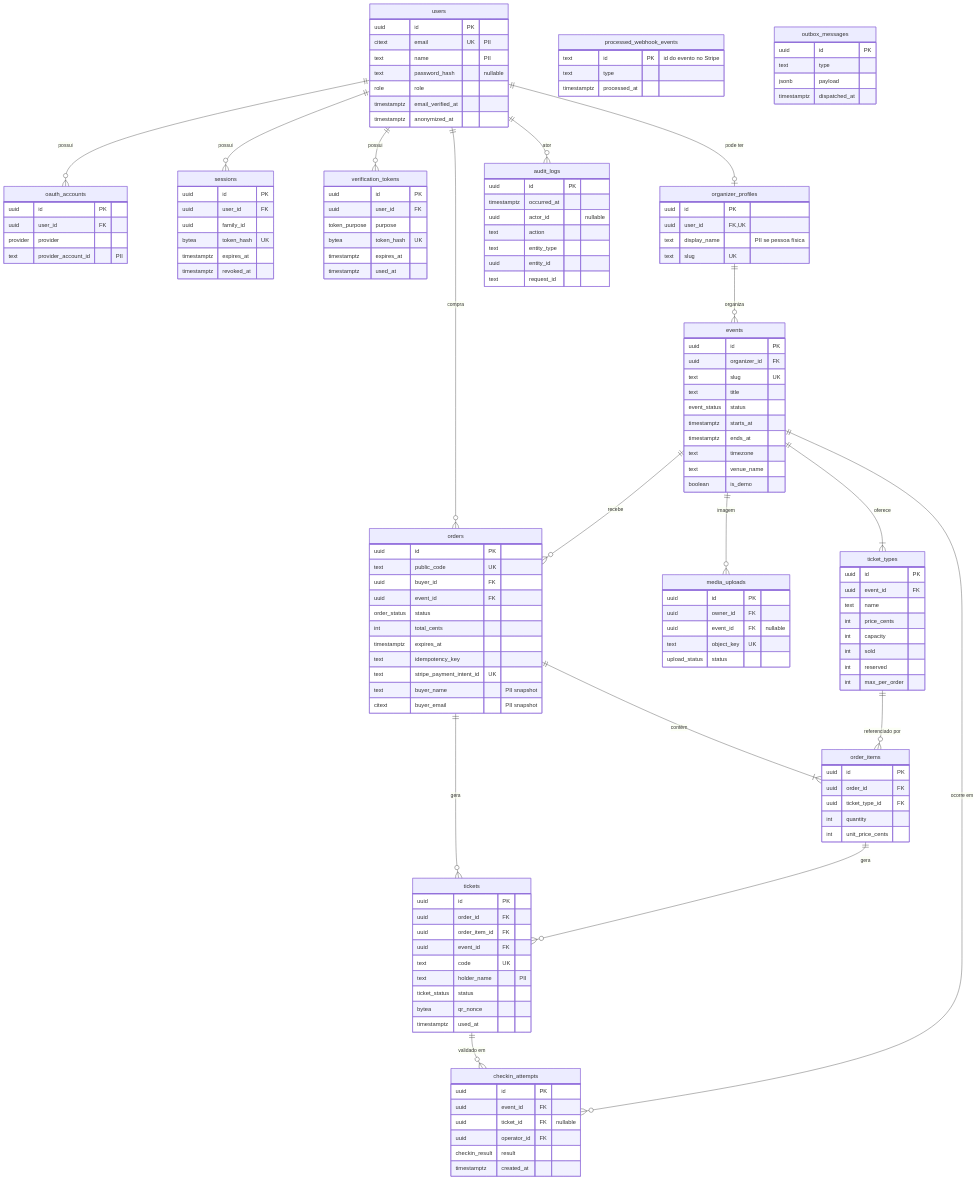
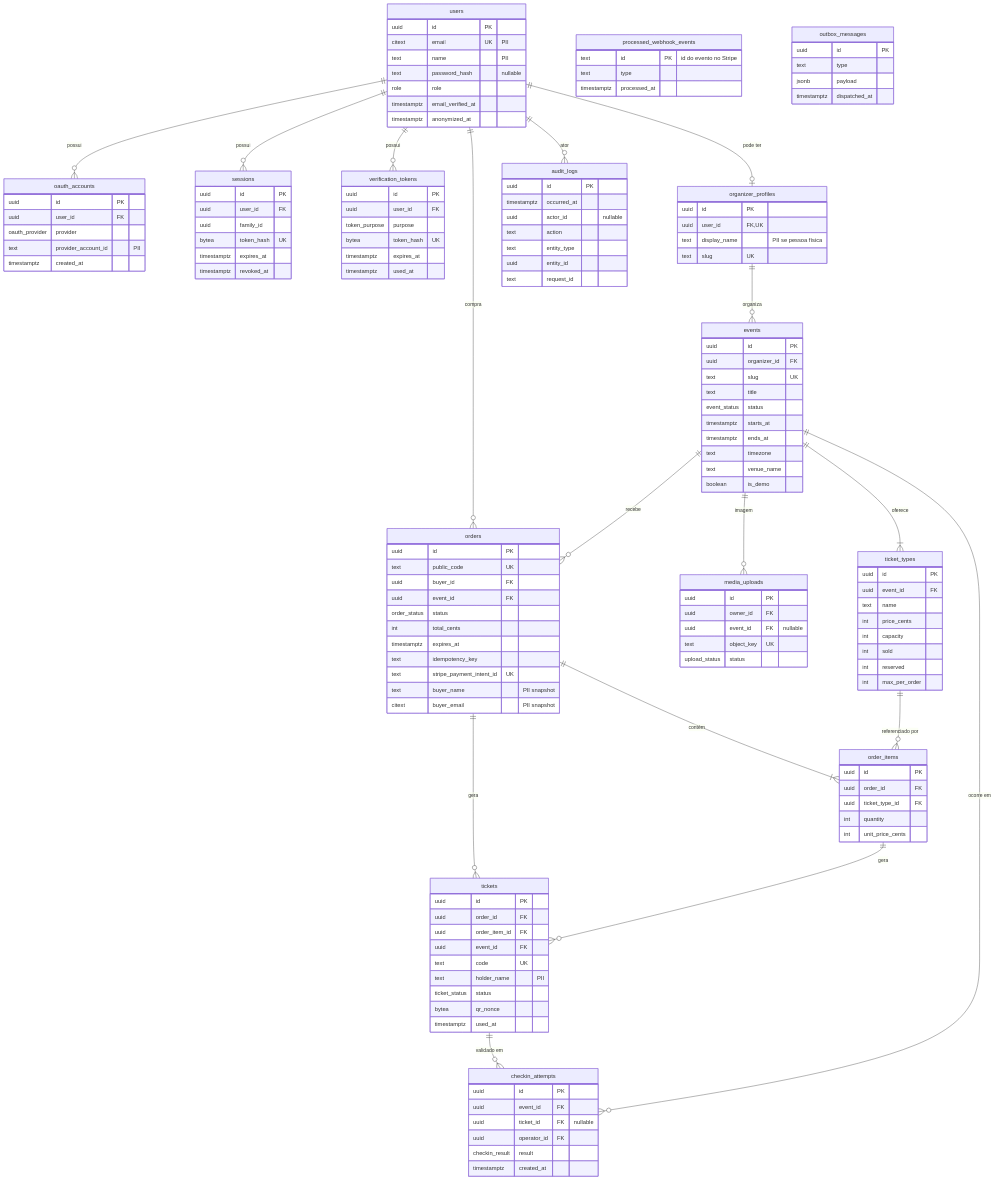
Before and after one commit to joaomenkdev-cloud/vira: the first of 4 diagrams in docs/DATA_MODEL.md, drawn with Mermaid. The commit also changed other lines of this file and 6 other files, not shown here.

```diff
--- a/docs/DATA_MODEL.md
+++ b/docs/DATA_MODEL.md
@@ -45,8 +45,9 @@
     oauth_accounts {
         uuid id PK
         uuid user_id FK
-        provider provider
+        oauth_provider provider
         text provider_account_id "PII"
+        timestamptz created_at
     }
     sessions {
         uuid id PK
```
